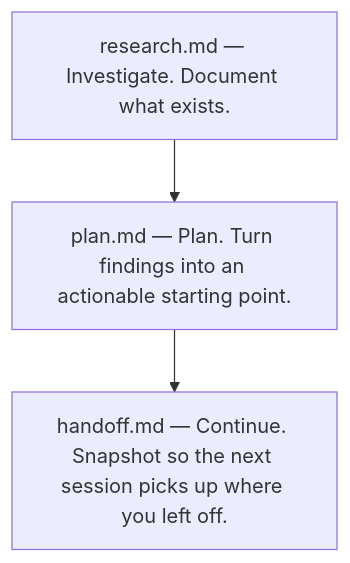
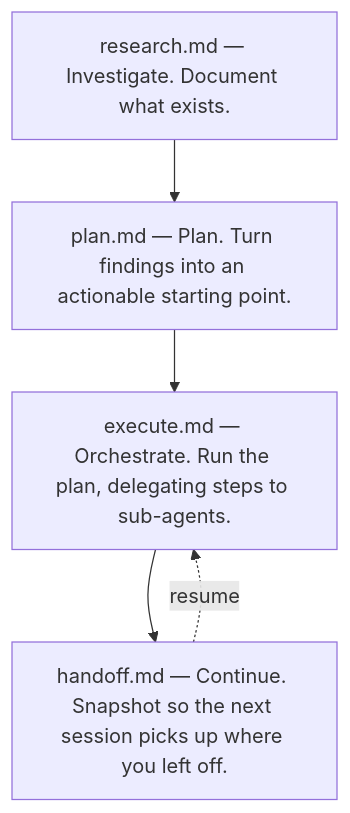
One commit to coylemichael/drift changed the diagram in README.md. Above: the diagram before and after it, drawn with Mermaid. The commit also changed other lines of this file and 4 other files, not shown here.

First line of the commit message:
Add execute mode for orchestrated plan runs

````diff
--- a/README.md
+++ b/README.md
@@ -23,8 +23,10 @@
 ```mermaid
 flowchart TD
     research["research.md — Investigate. Document what exists."]
     plan["plan.md — Plan. Turn findings into an actionable starting point."]
+    execute["execute.md — Orchestrate. Run the plan, delegating steps to sub-agents."]
     handoff["handoff.md — Continue. Snapshot so the next session picks up where you left off."]
 
-    research --> plan --> handoff
+    research --> plan --> execute --> handoff
+    handoff -.resume.-> execute
 ```
````
